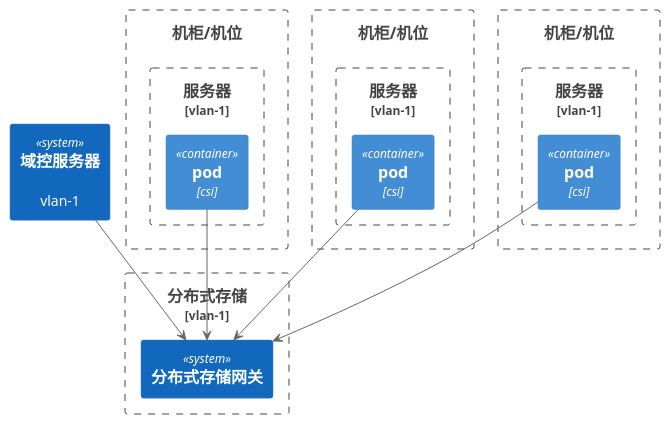
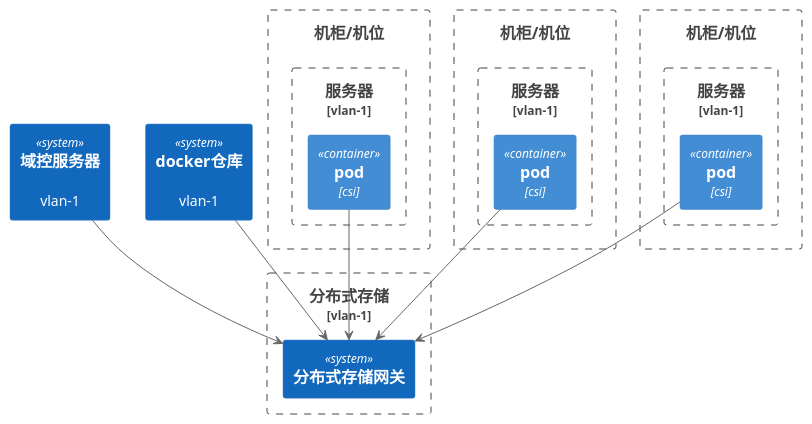
One commit to gardenerframework/impatiens changed the ninth of 10 diagrams in 研发标准化/研发团队常用基础设施/readme.md. Above: the diagram before and after it, drawn with PlantUML. The commit also changed other lines of this file, not shown here.

````diff
--- a/研发标准化/研发团队常用基础设施/readme.md
+++ b/研发标准化/研发团队常用基础设施/readme.md
@@ -244,34 +250,36 @@
 ```plantuml
 @startuml
 !include  https://plantuml.s3.cn-north-1.jdcloud-oss.com/C4_Container.puml
 
 Boundary(rack1, 机柜/机位) {
     Boundary(bm1, 服务器, vlan-1) {
         Container(pod1, pod, csi)
     }
 }
 
 Boundary(rack2, 机柜/机位) {
     Boundary(bm2, 服务器, vlan-1) {
         Container(pod2, pod, csi)
     }
 }
 
 Boundary(rack3, 机柜/机位) {
     Boundary(bm3, 服务器, vlan-1) {
         Container(pod3, pod, csi)
     }
 }
 
 System(域控, 域控服务器, vlan-1)
+System(harbor, docker仓库, vlan-1)
 
 Boundary(ceph, 分布式存储, vlan-1) {
     System(分布式存储网关, 分布式存储网关)
     pod1 --> 分布式存储网关
     pod2 --> 分布式存储网关
     pod3 --> 分布式存储网关
     域控 --> 分布式存储网关
+    harbor --> 分布式存储网关
 }
 
 @enduml
 ```
````
